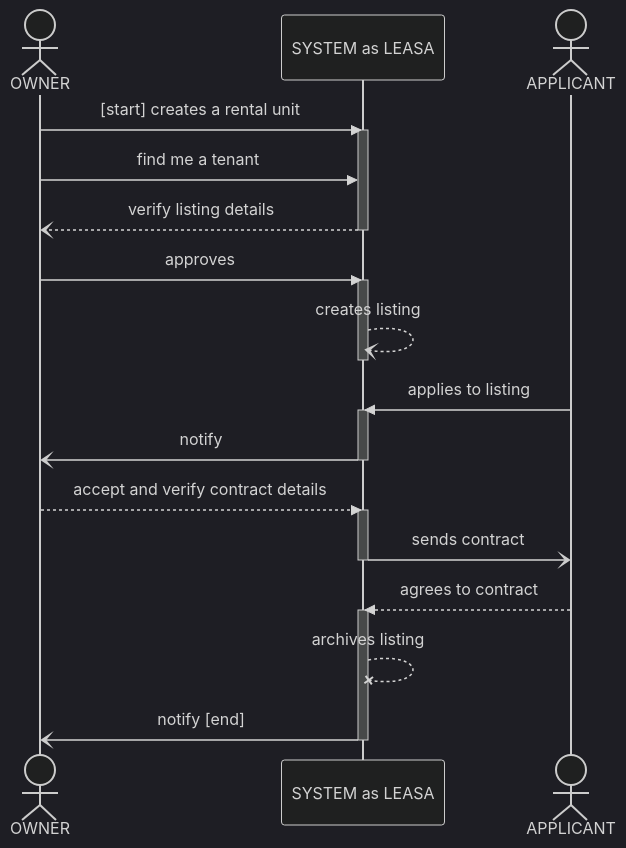
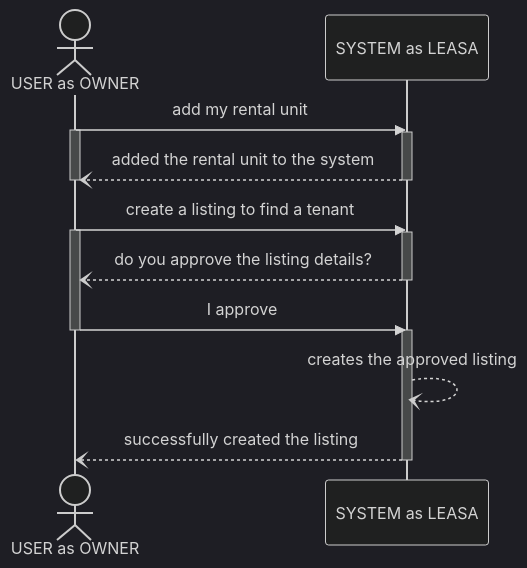
One commit to UpBrewTech/project-leasa changed the first of 2 diagrams in docs/SD-owner-and-applicant.md. Above: the diagram before and after it, drawn with Mermaid (dark theme). The commit also changed other lines of this file, not shown here.

Commit message:
update sequence

````diff
--- a/docs/SD-owner-and-applicant.md
+++ b/docs/SD-owner-and-applicant.md
@@ -5,30 +5,23 @@
 ```mermaid
 sequenceDiagram
-    actor O as OWNER
+    actor O as USER as OWNER
     participant S as SYSTEM as LEASA
-    actor A as APPLICANT
 
-    O->>S: [start] creates a rental unit
+    O->>S: add my rental unit
+    activate O
     activate S
-    O->>S: find me a tenant
-    S--)O: verify listing details
+    S--)O: added the rental unit to the system
+    deactivate O
     deactivate S
-    O->>S: approves
+    O->>S: create a listing to find a tenant
+    activate O
     activate S
-    S--)S: creates listing
+    S--)O: do you approve the listing details?
     deactivate S
-
-    A->>S: applies to listing
+    O->>S: I approve
+    deactivate O
     activate S
-    S-)O: notify
-    deactivate S
-    O-->>S: accept and verify contract details
-    activate S
-    S-)A: sends contract
-    deactivate S
-    A-->>S: agrees to contract
-    activate S
-    S--xS: archives listing
-    S-)O: notify [end]
+    S--)S: creates the approved listing
+    S--)O: successfully created the listing
     deactivate S
 ```
````
